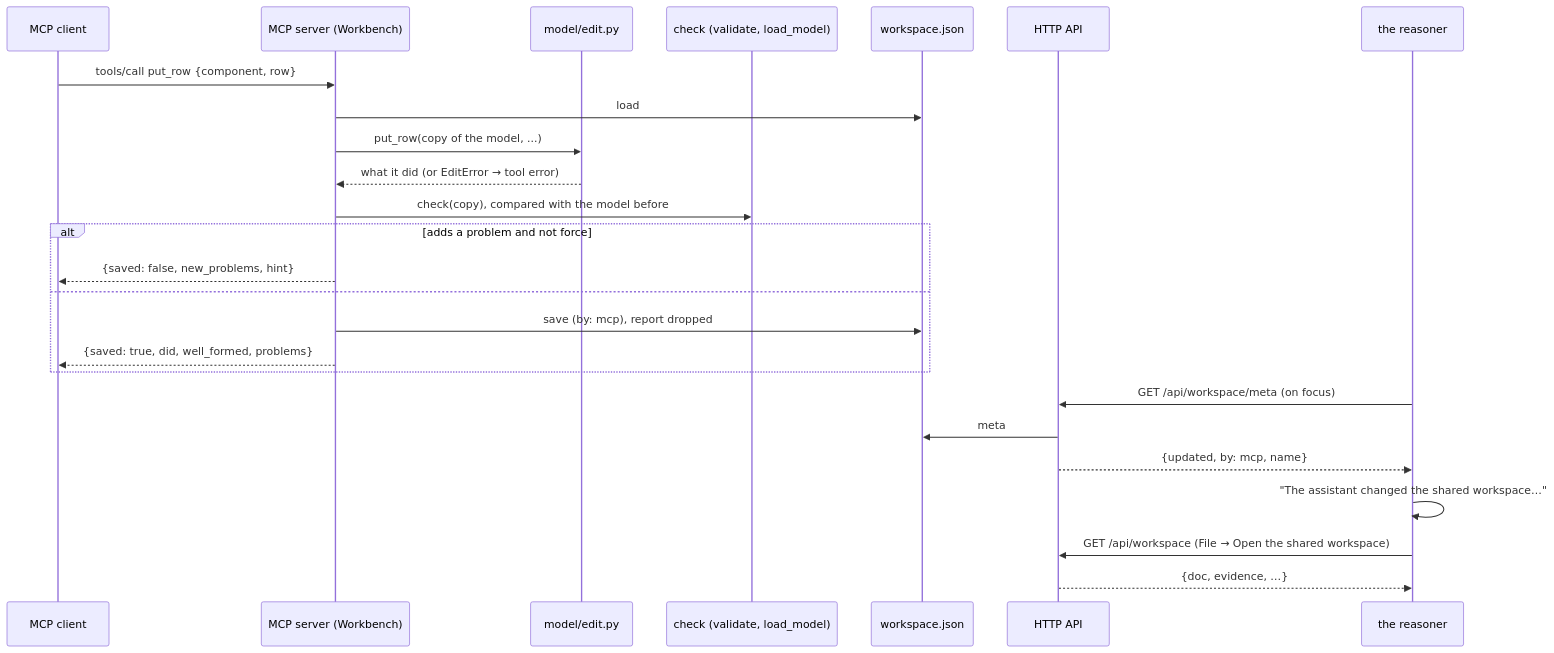
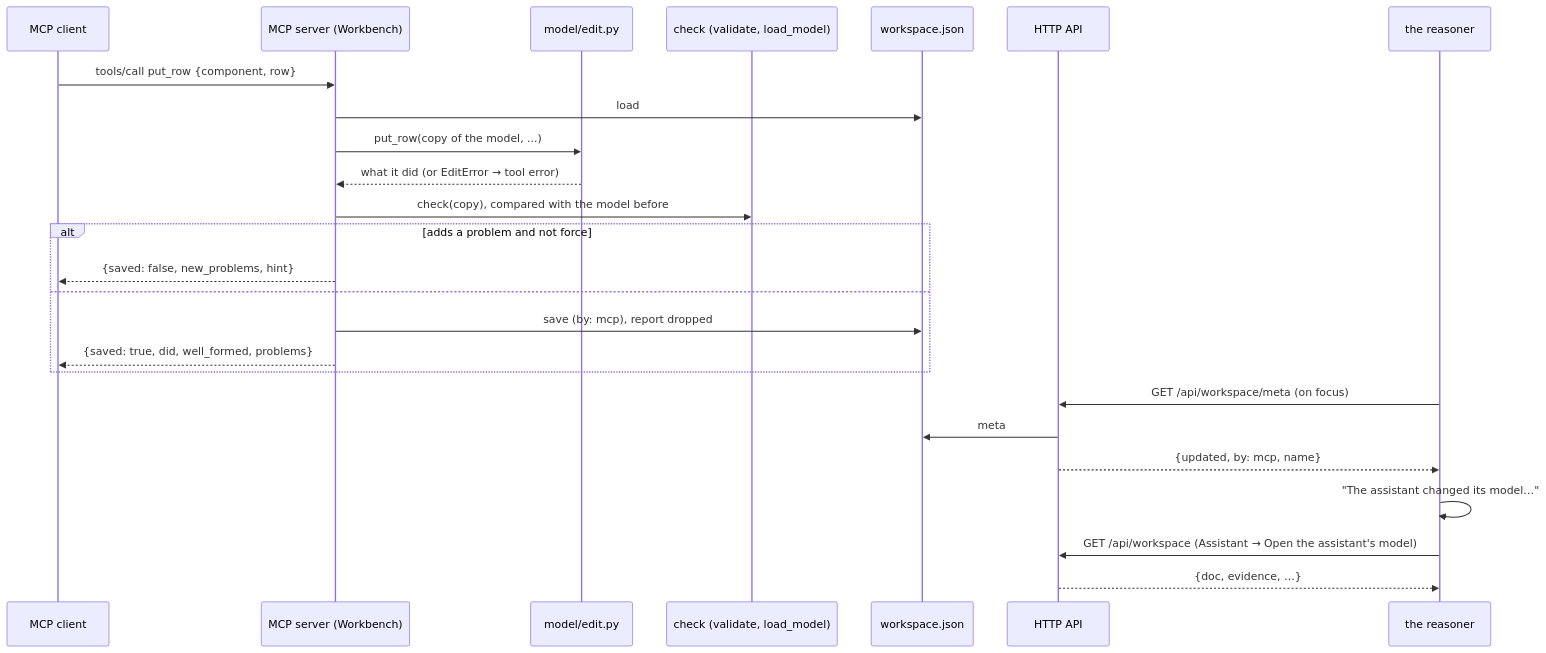
The second of 3 diagrams in docs/dev/mcp.md (nmarci7/Bimodal-EPA), drawn with Mermaid before and after one commit. The commit also changed other lines of this file and 48 other files, not shown here.

````diff
--- a/docs/dev/mcp.md
+++ b/docs/dev/mcp.md
@@ -128,27 +130,27 @@
 ```mermaid
 sequenceDiagram
   participant C as MCP client
   participant S as MCP server (Workbench)
   participant ED as model/edit.py
   participant CH as check (validate, load_model)
   participant WS as workspace.json
   participant API as HTTP API
   participant UI as the reasoner
   C->>S: tools/call put_row {component, row}
   S->>WS: load
   S->>ED: put_row(copy of the model, ...)
   ED-->>S: what it did (or EditError → tool error)
   S->>CH: check(copy), compared with the model before
   alt adds a problem and not force
     S-->>C: {saved: false, new_problems, hint}
   else
     S->>WS: save (by: mcp), report dropped
     S-->>C: {saved: true, did, well_formed, problems}
   end
   UI->>API: GET /api/workspace/meta (on focus)
   API->>WS: meta
   API-->>UI: {updated, by: mcp, name}
-  UI->>UI: "The assistant changed the shared workspace…"
-  UI->>API: GET /api/workspace (File → Open the shared workspace)
+  UI->>UI: "The assistant changed its model…"
+  UI->>API: GET /api/workspace (Assistant → Open the assistant's model)
   API-->>UI: {doc, evidence, …}
 ```
````
